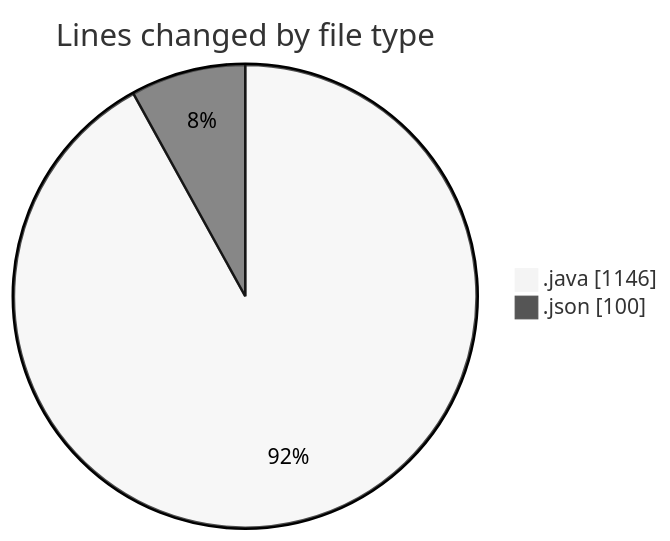
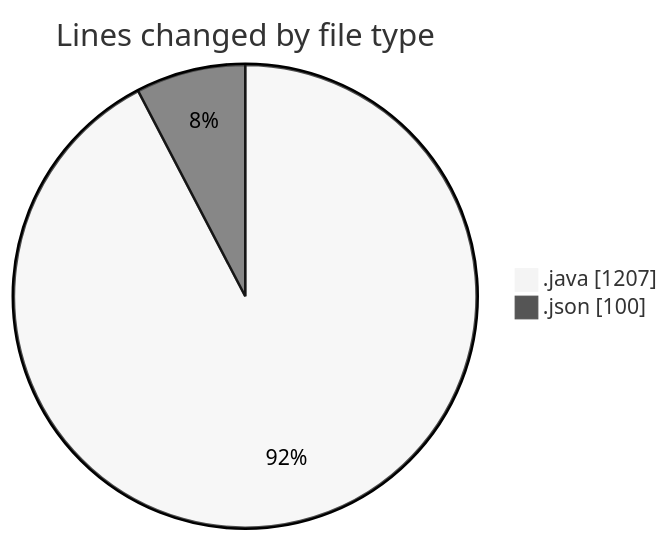
The first of 2 diagrams in 2026-05-12/cilapp/README.md (ricardozamudiocil/code-tracking), drawn with Mermaid (neutral theme) before and after one commit. The commit also changed other lines of this file and 1 other file, not shown here.

````diff
--- a/2026-05-12/cilapp/README.md
+++ b/2026-05-12/cilapp/README.md
@@ -25,6 +27,6 @@
 ```mermaid
 pie showData
 title Lines changed by file type
-".java" : 1146
+".java" : 1207
 ".json" : 100
 ```
````
